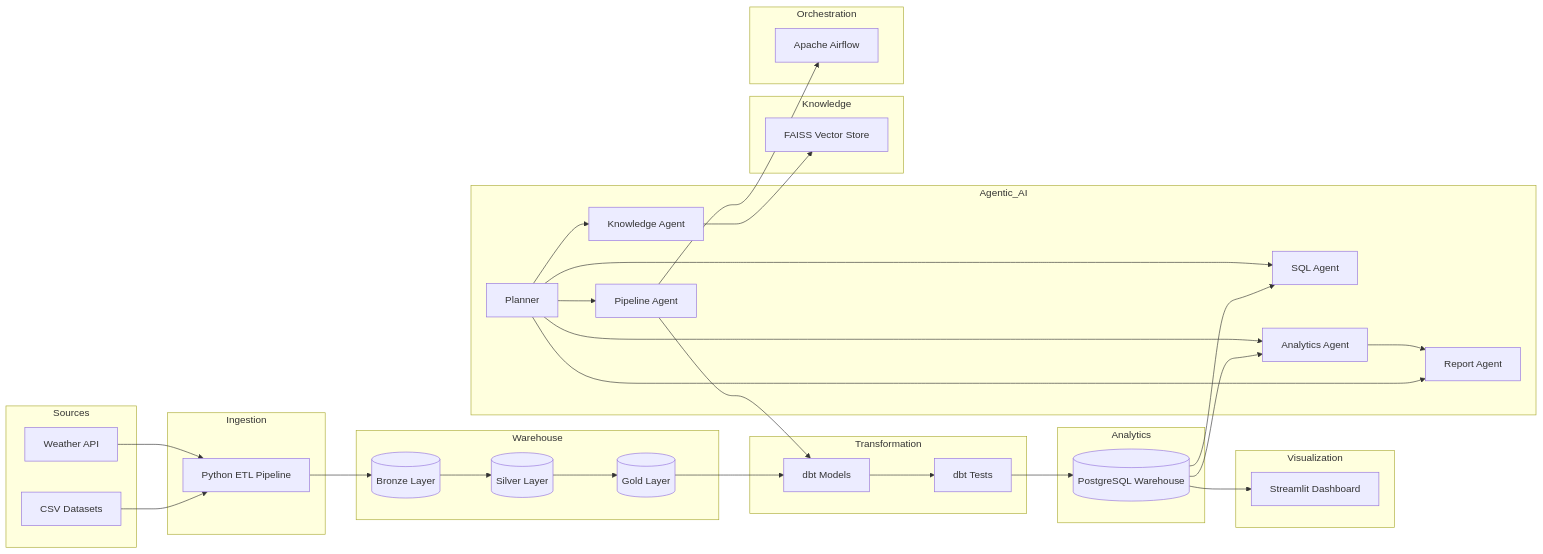
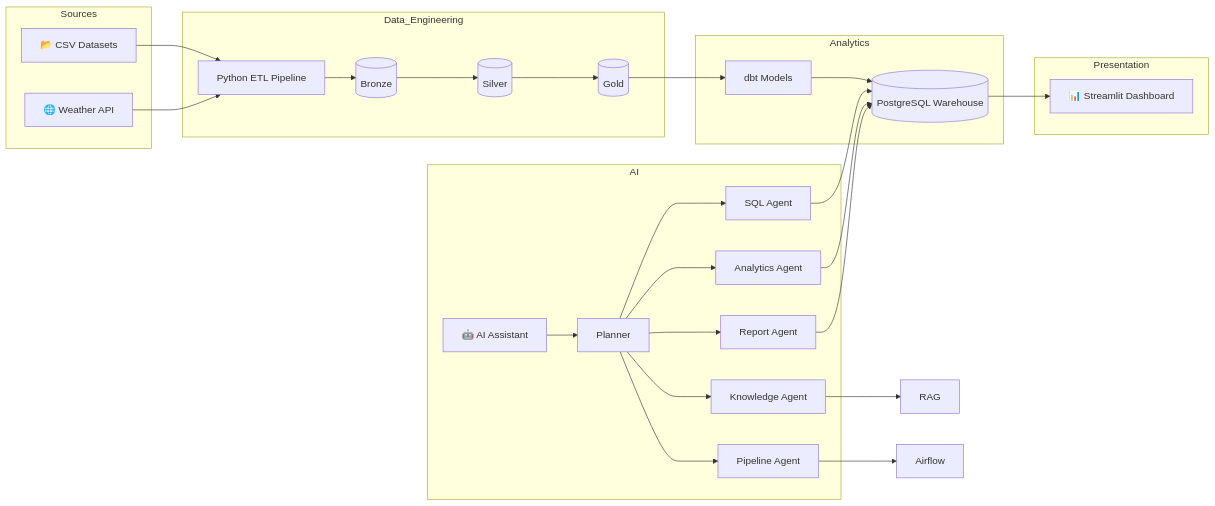
The first of 3 diagrams in README.md (Dheerajyadav1/datapilot-platform), drawn with Mermaid before and after one commit. The commit also changed other lines of this file and 5 other files, not shown here.

````diff
--- a/README.md
+++ b/README.md
@@ -183,77 +214,60 @@
 ```mermaid
 flowchart LR
 
-    subgraph Sources
-        A1[CSV Datasets]
-        A2[Weather API]
-    end
+subgraph Sources
+A[📂 CSV Datasets]
+B[🌐 Weather API]
+end
 
-    subgraph Ingestion
-        B[Python ETL Pipeline]
-    end
+subgraph Data_Engineering
+C[Python ETL Pipeline]
+D[(Bronze)]
+E[(Silver)]
+F[(Gold)]
+end
 
-    subgraph Warehouse
-        C[(Bronze Layer)]
-        D[(Silver Layer)]
-        E[(Gold Layer)]
-    end
+subgraph Analytics
+G[dbt Models]
+H[(PostgreSQL Warehouse)]
+end
 
-    subgraph Transformation
-        F[dbt Models]
-        G[dbt Tests]
-    end
+subgraph Presentation
+I[📊 Streamlit Dashboard]
+end
 
-    subgraph Analytics
-        H[(PostgreSQL Warehouse)]
-    end
+subgraph AI
+J[🤖 AI Assistant]
+K[Planner]
+L[SQL Agent]
+M[Analytics Agent]
+N[Knowledge Agent]
+O[Pipeline Agent]
+P[Report Agent]
+end
 
-    subgraph Visualization
-        I[Streamlit Dashboard]
-    end
+A --> C
+B --> C
 
-    subgraph Agentic_AI
-        J[Planner]
-        K[SQL Agent]
-        L[Analytics Agent]
-        M[Knowledge Agent]
-        N[Pipeline Agent]
-        O[Report Agent]
-    end
+C --> D
+D --> E
+E --> F
 
-    subgraph Knowledge
-        P[FAISS Vector Store]
-    end
+F --> G
+G --> H
 
-    subgraph Orchestration
-        Q[Apache Airflow]
-    end
+H --> I
 
-    A1 --> B
-    A2 --> B
+J --> K
 
-    B --> C
-    C --> D
-    D --> E
+K --> L
+K --> M
+K --> N
+K --> O
+K --> P
 
-    E --> F
-    F --> G
-    G --> H
-
-    H --> I
-
-    H --> K
-    H --> L
-
-    M --> P
-
-    N --> Q
-    N --> F
-
-    J --> K
-    J --> L
-    J --> M
-    J --> N
-    J --> O
-
-    L --> O
+L --> H
+M --> H
+N --> RAG
+O --> Airflow
+P --> H
 ```
````
